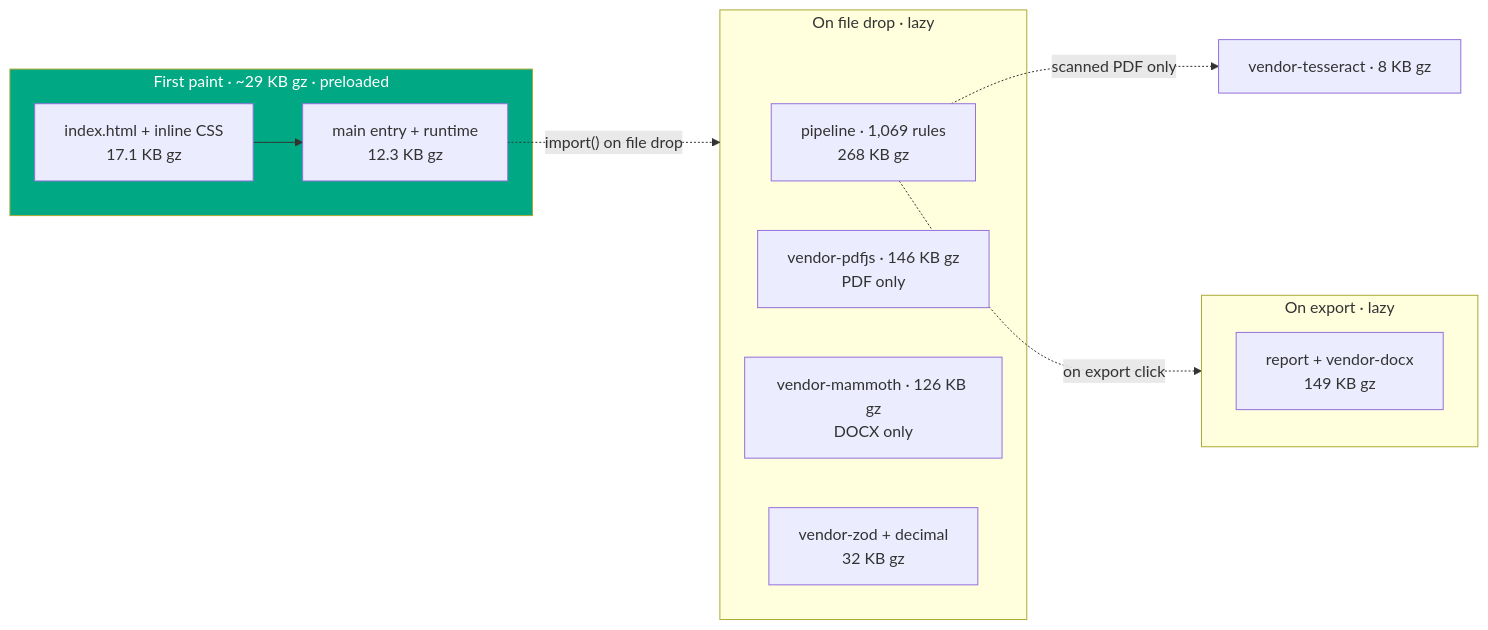
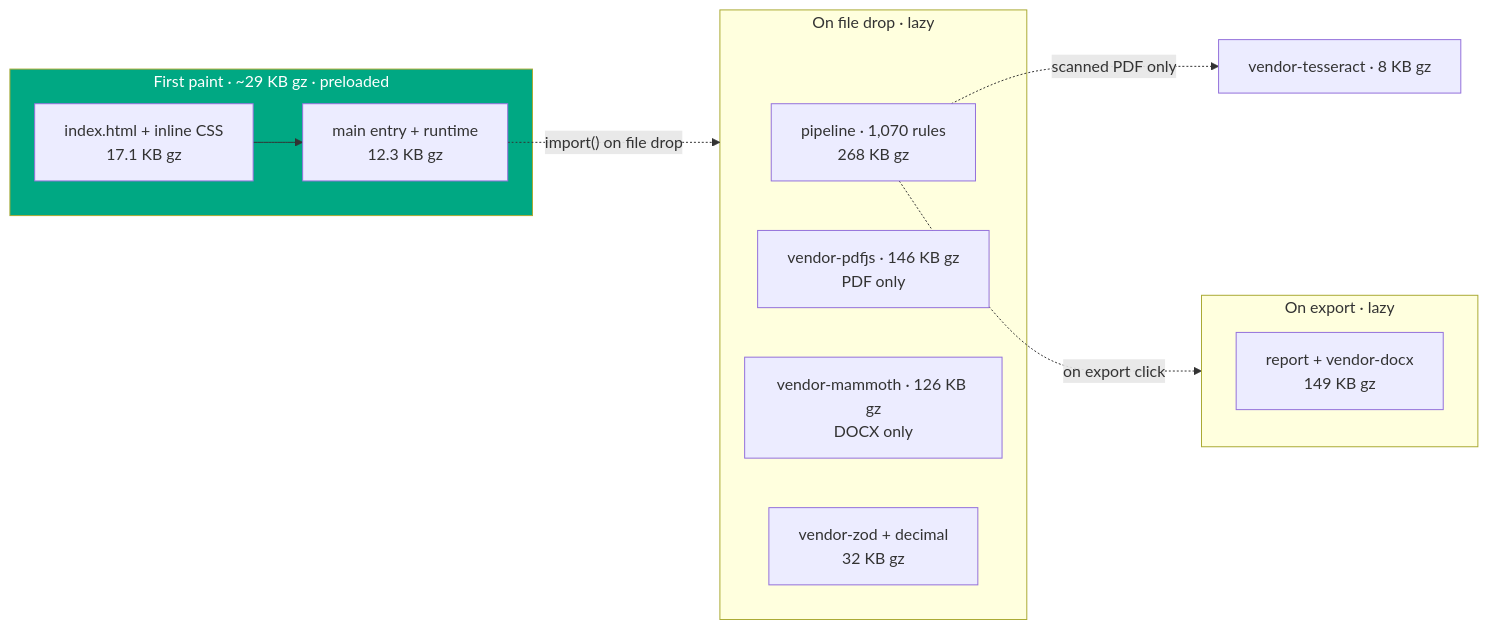
One commit to clay-good/vaulytica changed the tenth of 11 diagrams in README.md. Above: the diagram before and after it, drawn with Mermaid. The commit also changed other lines of this file and 363 other files, not shown here.

````diff
--- a/README.md
+++ b/README.md
@@ -1266,19 +1266,19 @@
 ```mermaid
 flowchart LR
   subgraph FP["First paint · ~29 KB gz · preloaded"]
     H[index.html + inline CSS<br/>17.1 KB gz] --> M[main entry + runtime<br/>12.3 KB gz]
   end
   M -. "import() on file drop" .-> DROP
   subgraph DROP["On file drop · lazy"]
-    P[pipeline · 1,069 rules<br/>268 KB gz]
+    P[pipeline · 1,070 rules<br/>268 KB gz]
     PDF[vendor-pdfjs · 146 KB gz<br/>PDF only]
     DOCXIN[vendor-mammoth · 126 KB gz<br/>DOCX only]
     Z[vendor-zod + decimal<br/>32 KB gz]
   end
   P -. "on export click" .-> EXP
   subgraph EXP["On export · lazy"]
     RPT[report + vendor-docx<br/>149 KB gz]
   end
   P -. "scanned PDF only" .-> OCR[vendor-tesseract · 8 KB gz]
   style FP fill:#00A883,color:#fff
 ```
````
